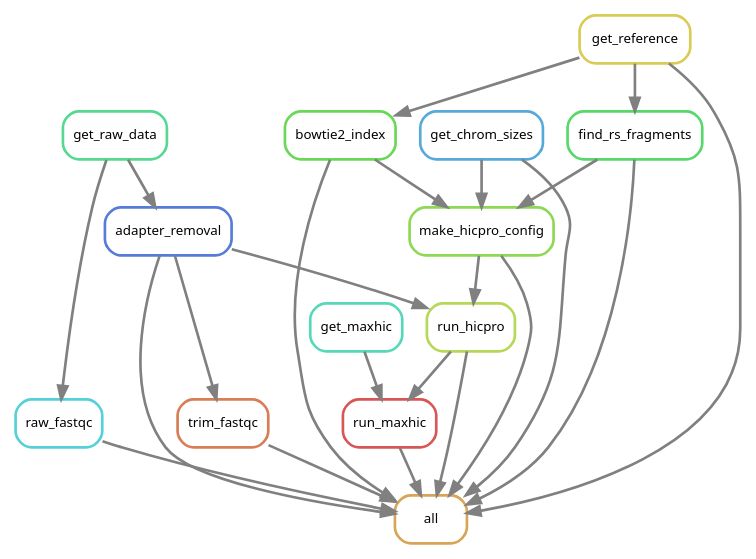
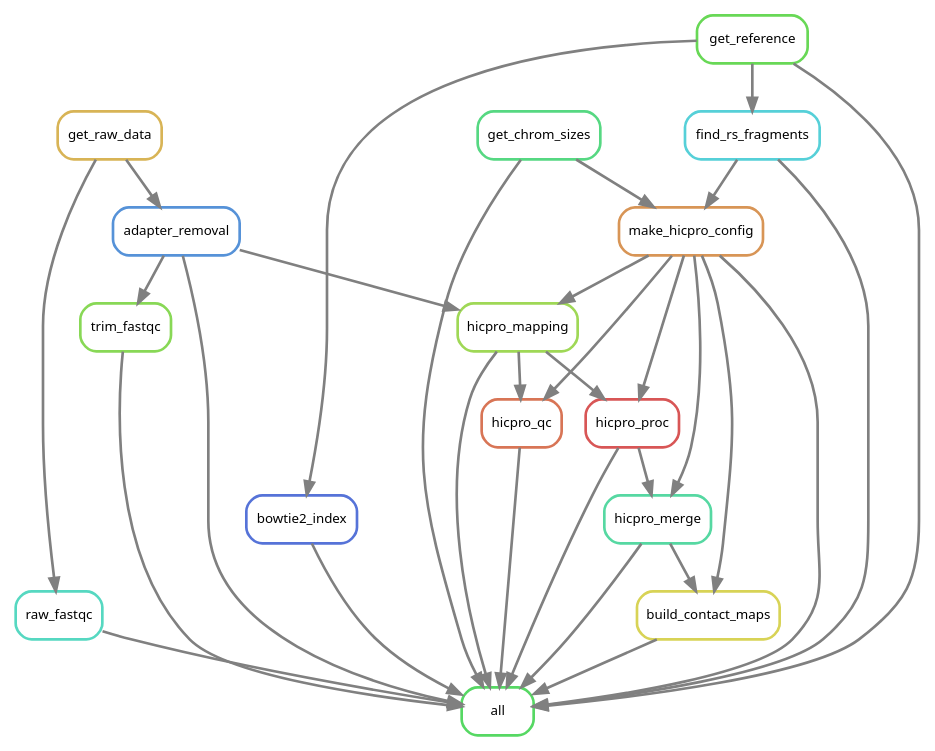
The diagram in output/rulegraph.dot (DRMCRL/ENCODE_T47D_HiC_ENCSR549MGQ), drawn with Graphviz before and after one commit. The commit also changed 1 other file, not shown here.

```diff
--- a/output/rulegraph.dot
+++ b/output/rulegraph.dot
@@ -1,40 +1,50 @@
 digraph snakemake_dag {
     graph[bgcolor=white, margin=0];
     node[shape=box, style=rounded, fontname=sans,                 fontsize=10, penwidth=2];
     edge[penwidth=2, color=grey];
-	0[label = "all", color = "0.10 0.6 0.85", style="rounded"];
-	1[label = "run_hicpro", color = "0.21 0.6 0.85", style="rounded"];
-	2[label = "bowtie2_index", color = "0.31 0.6 0.85", style="rounded"];
-	3[label = "trim_fastqc", color = "0.05 0.6 0.85", style="rounded"];
-	4[label = "adapter_removal", color = "0.62 0.6 0.85", style="rounded"];
-	5[label = "find_rs_fragments", color = "0.36 0.6 0.85", style="rounded"];
-	6[label = "raw_fastqc", color = "0.51 0.6 0.85", style="rounded"];
-	7[label = "make_hicpro_config", color = "0.26 0.6 0.85", style="rounded"];
-	8[label = "run_maxhic", color = "0.00 0.6 0.85", style="rounded"];
-	9[label = "get_reference", color = "0.15 0.6 0.85", style="rounded"];
-	10[label = "get_chrom_sizes", color = "0.56 0.6 0.85", style="rounded"];
-	11[label = "get_raw_data", color = "0.41 0.6 0.85", style="rounded"];
-	12[label = "get_maxhic", color = "0.46 0.6 0.85", style="rounded"];
+	0[label = "all", color = "0.35 0.6 0.85", style="rounded"];
+	1[label = "raw_fastqc", color = "0.47 0.6 0.85", style="rounded"];
+	2[label = "hicpro_proc", color = "0.00 0.6 0.85", style="rounded"];
+	3[label = "trim_fastqc", color = "0.27 0.6 0.85", style="rounded"];
+	4[label = "bowtie2_index", color = "0.63 0.6 0.85", style="rounded"];
+	5[label = "hicpro_mapping", color = "0.24 0.6 0.85", style="rounded"];
+	6[label = "build_contact_maps", color = "0.16 0.6 0.85", style="rounded"];
+	7[label = "hicpro_qc", color = "0.04 0.6 0.85", style="rounded"];
+	8[label = "adapter_removal", color = "0.59 0.6 0.85", style="rounded"];
+	9[label = "get_chrom_sizes", color = "0.39 0.6 0.85", style="rounded"];
+	10[label = "make_hicpro_config", color = "0.08 0.6 0.85", style="rounded"];
+	11[label = "find_rs_fragments", color = "0.51 0.6 0.85", style="rounded"];
+	12[label = "hicpro_merge", color = "0.43 0.6 0.85", style="rounded"];
+	13[label = "get_reference", color = "0.31 0.6 0.85", style="rounded"];
+	14[label = "get_raw_data", color = "0.12 0.6 0.85", style="rounded"];
+	2 -> 0
+	6 -> 0
+	7 -> 0
+	10 -> 0
+	5 -> 0
+	3 -> 0
+	13 -> 0
+	9 -> 0
+	12 -> 0
+	1 -> 0
+	11 -> 0
 	8 -> 0
-	3 -> 0
-	9 -> 0
-	1 -> 0
-	7 -> 0
-	2 -> 0
-	5 -> 0
-	6 -> 0
-	10 -> 0
 	4 -> 0
-	7 -> 1
-	4 -> 1
-	9 -> 2
-	4 -> 3
-	11 -> 4
-	9 -> 5
-	11 -> 6
+	14 -> 1
+	5 -> 2
+	10 -> 2
+	8 -> 3
+	13 -> 4
+	10 -> 5
+	8 -> 5
+	12 -> 6
+	10 -> 6
 	5 -> 7
 	10 -> 7
-	2 -> 7
-	12 -> 8
-	1 -> 8
+	14 -> 8
+	11 -> 10
+	9 -> 10
+	13 -> 11
+	2 -> 12
+	10 -> 12
 }            
```
